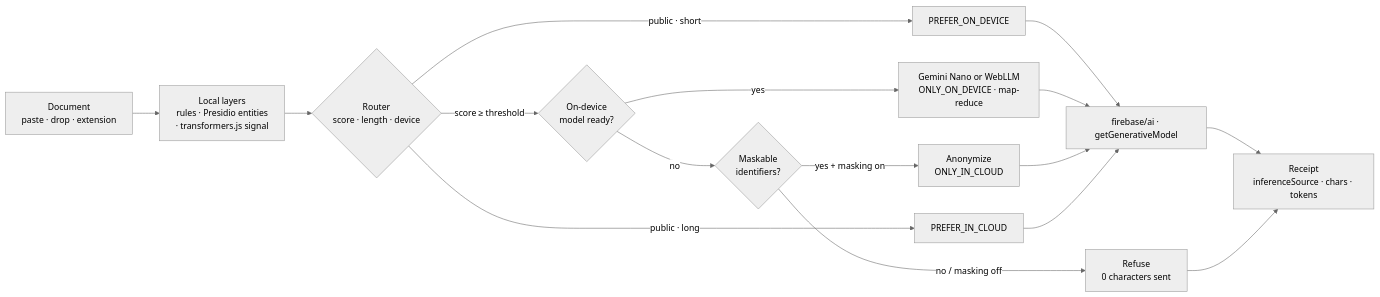
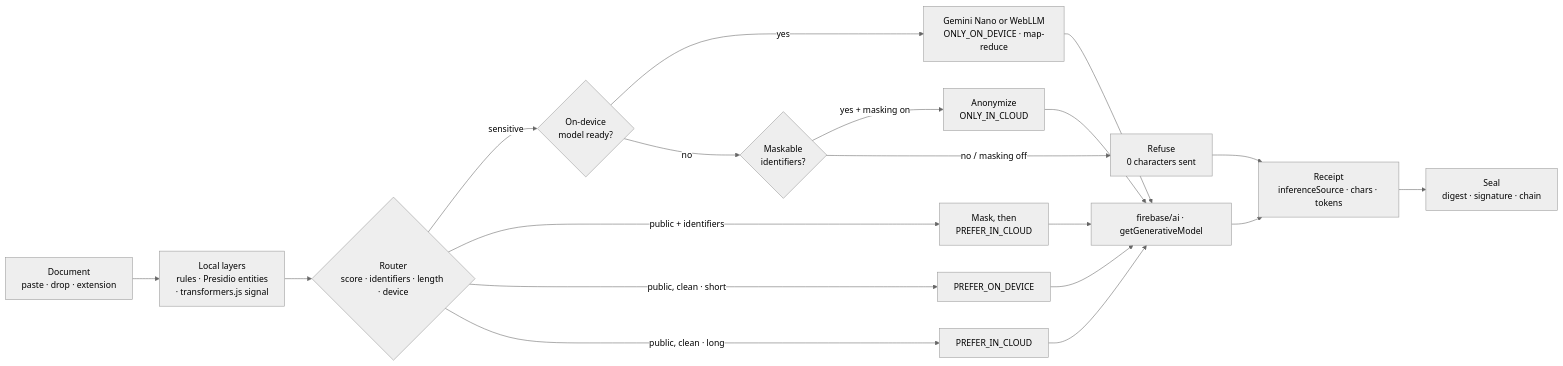
The diagram in README.md (2010180016y-netizen/vaultbrief), drawn with Mermaid (neutral theme) before and after one commit. The commit also changed other lines of this file and 42 other files, not shown here.

````diff
--- a/README.md
+++ b/README.md
@@ -30,18 +46,21 @@
 ```mermaid
 flowchart LR
   DOC[Document<br/>paste · drop · extension] --> SCAN[Local layers<br/>rules · Presidio entities<br/>· transformers.js signal]
-  SCAN --> ROUTE{Router<br/>score · length · device}
-  ROUTE -->|score ≥ threshold| NANO{On-device<br/>model ready?}
+  SCAN --> ROUTE{Router<br/>score · identifiers · length · device}
+  ROUTE -->|sensitive| NANO{On-device<br/>model ready?}
   NANO -->|yes| DEV[Gemini Nano or WebLLM<br/>ONLY_ON_DEVICE · map-reduce]
   NANO -->|no| MASKABLE{Maskable<br/>identifiers?}
   MASKABLE -->|yes + masking on| MASK[Anonymize<br/>ONLY_IN_CLOUD]
   MASKABLE -->|no / masking off| REFUSE[Refuse<br/>0 characters sent]
-  ROUTE -->|public · short| PREFER[PREFER_ON_DEVICE]
-  ROUTE -->|public · long| CLOUD[PREFER_IN_CLOUD]
+  ROUTE -->|public + identifiers| MASK2[Mask, then<br/>PREFER_IN_CLOUD]
+  ROUTE -->|public, clean · short| PREFER[PREFER_ON_DEVICE]
+  ROUTE -->|public, clean · long| CLOUD[PREFER_IN_CLOUD]
   PREFER --> SDK[firebase/ai · getGenerativeModel]
   DEV --> SDK
   MASK --> SDK
+  MASK2 --> SDK
   CLOUD --> SDK
   SDK --> RECEIPT[Receipt<br/>inferenceSource · chars · tokens]
   REFUSE --> RECEIPT
+  RECEIPT --> SEAL[Seal<br/>digest · signature · chain]
 ```
````
